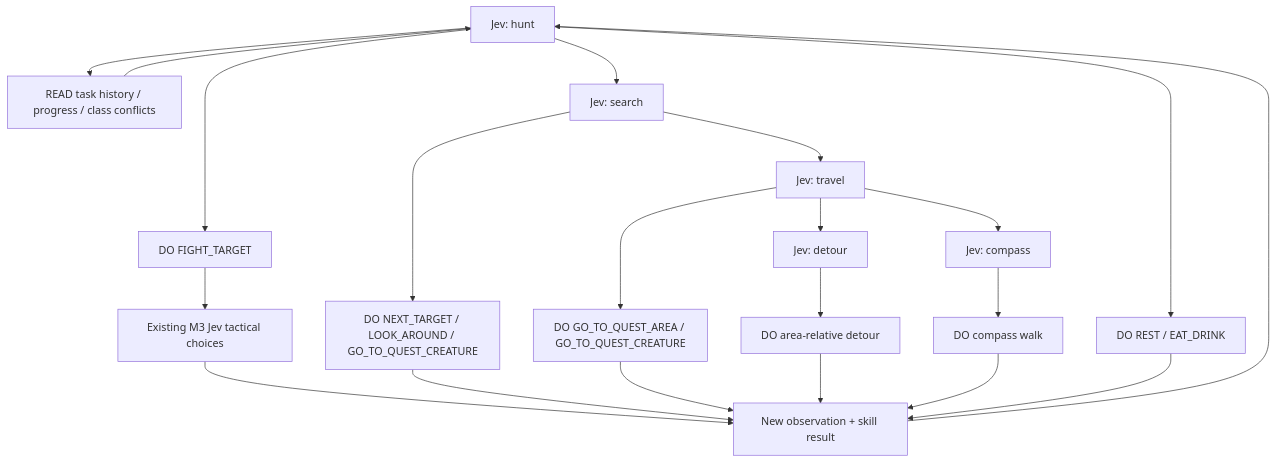
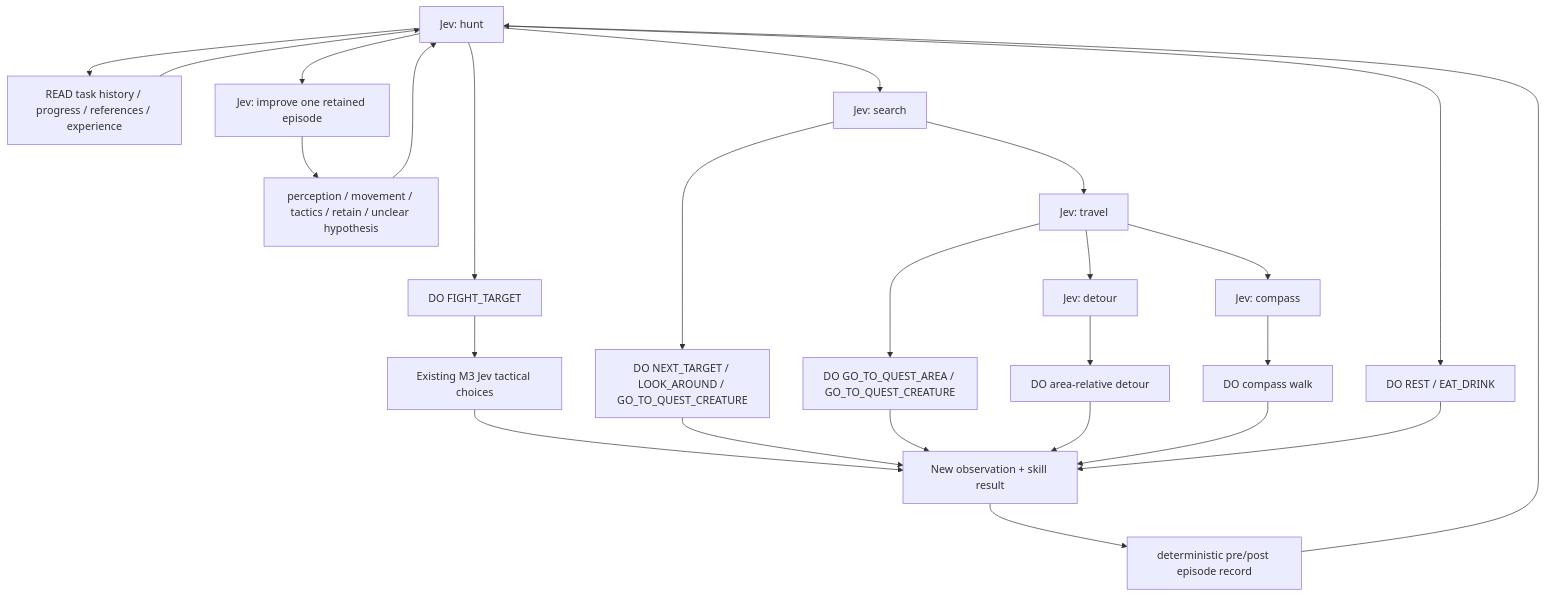
Before and after one commit to fol2/jev-playground: the diagram in experiments/002_wow_visual/runtime/README.md, drawn with Mermaid. The commit also changed other lines of this file and 15 other files, not shown here.

First line of the commit message:
Connect bounded Hunt experience recall and Jev review (#25)

````diff
--- a/experiments/002_wow_visual/runtime/README.md
+++ b/experiments/002_wow_visual/runtime/README.md
@@ -39,23 +40,27 @@
 ```mermaid
 flowchart TD
-    H[Jev: hunt] --> R[READ task history / progress / class conflicts]
+    H[Jev: hunt] --> R[READ task history / progress / references / experience]
     R --> H
+    H --> I[Jev: improve one retained episode]
+    I --> IR[perception / movement / tactics / retain / unclear hypothesis]
+    IR --> H
     H --> S[Jev: search]
     H --> F[DO FIGHT_TARGET]
     H --> E[DO REST / EAT_DRINK]
     S --> L[DO NEXT_TARGET / LOOK_AROUND / GO_TO_QUEST_CREATURE]
     S --> T[Jev: travel]
     T --> W[DO GO_TO_QUEST_AREA / GO_TO_QUEST_CREATURE]
     T --> D[Jev: detour]
     T --> C[Jev: compass]
     D --> DS[DO area-relative detour]
     C --> CS[DO compass walk]
     F --> FC[Existing M3 Jev tactical choices]
     FC --> N[New observation + skill result]
     L --> N
     W --> N
     DS --> N
     CS --> N
     E --> N
-    N --> H
+    N --> X[deterministic pre/post episode record]
+    X --> H
 ```
````
